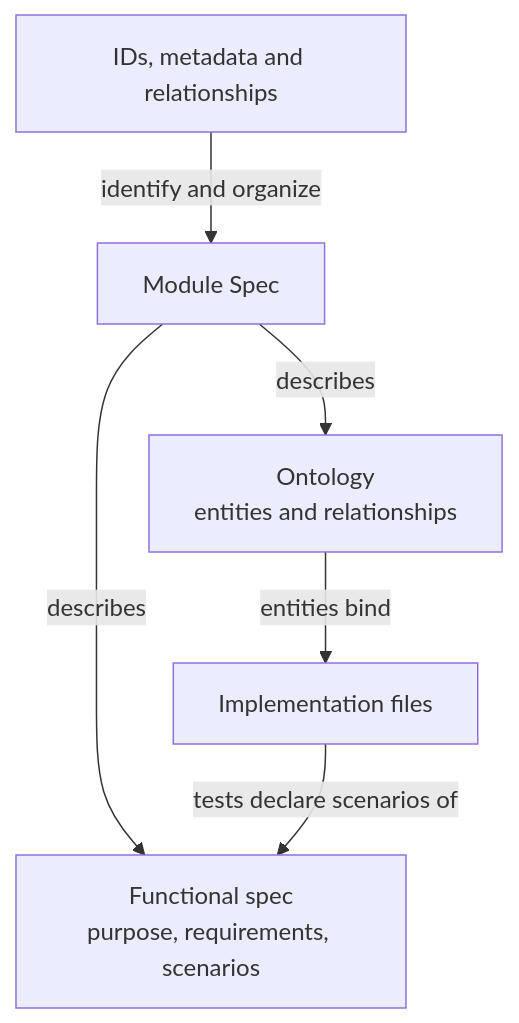
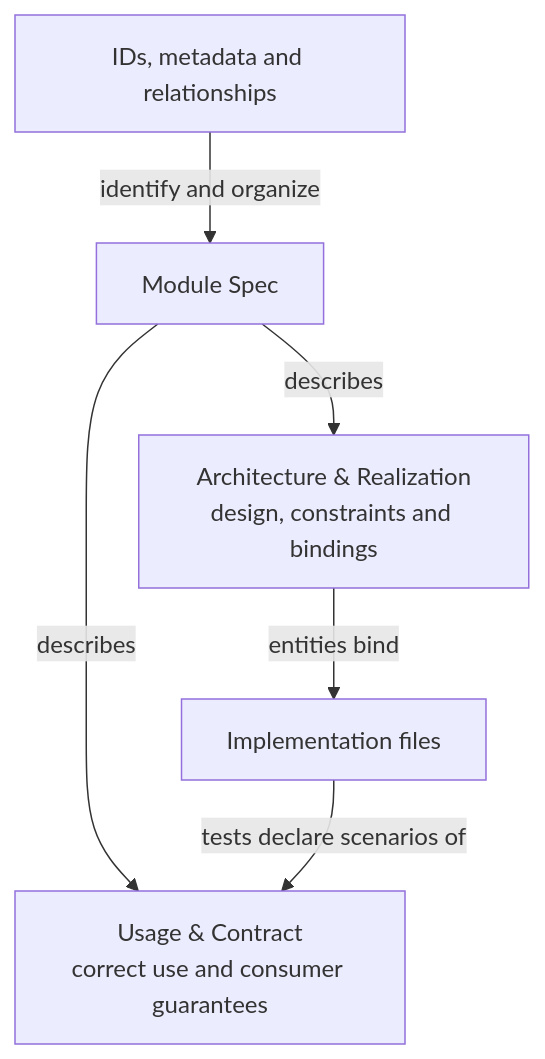
One commit to FTOD/concorde changed the diagram in protocol/README.md. Above: the diagram before and after it, drawn with Mermaid. The commit also changed other lines of this file and 113 other files, not shown here.

Commit message:
Refactor Module Specs into usage contracts and internal realization

````diff
--- a/protocol/README.md
+++ b/protocol/README.md
@@ -25,15 +26,15 @@
 ```mermaid
 flowchart TB
     accTitle: Information represented by project specifications
-    accDescr: Spec management declarations identify and organize Module Specs. A Module Spec describes a functional specification of purpose, requirements and scenarios, and an architecture specification, the Ontology, of entities and relationships. Entities bind the implementation files that realize them, as exact files or directory prefixes, and tests among those files declare the scenarios they verify.
+    accDescr: Spec management identifies and organizes one Module Spec with two reader-oriented parts. Usage and Contract explains correct use and guarantees. Architecture and Realization explains the design and internal constraints that fulfill those guarantees. Entity bindings connect to implementation files whose tests declare scenario identities.
     organization["IDs, metadata and relationships"]
     moduleSpec["Module Spec"]
-    functional["Functional spec<br/>purpose, requirements, scenarios"]
-    architecture["Ontology<br/>entities and relationships"]
+    functional["Usage & Contract<br/>correct use and consumer guarantees"]
+    architecture["Architecture & Realization<br/>design, constraints and bindings"]
     files["Implementation files"]
     organization -->|identify and organize| moduleSpec
     moduleSpec -->|describes| functional
     moduleSpec -->|describes| architecture
     architecture -->|entities bind| files
     files -->|tests declare scenarios of| functional
 ```
````
